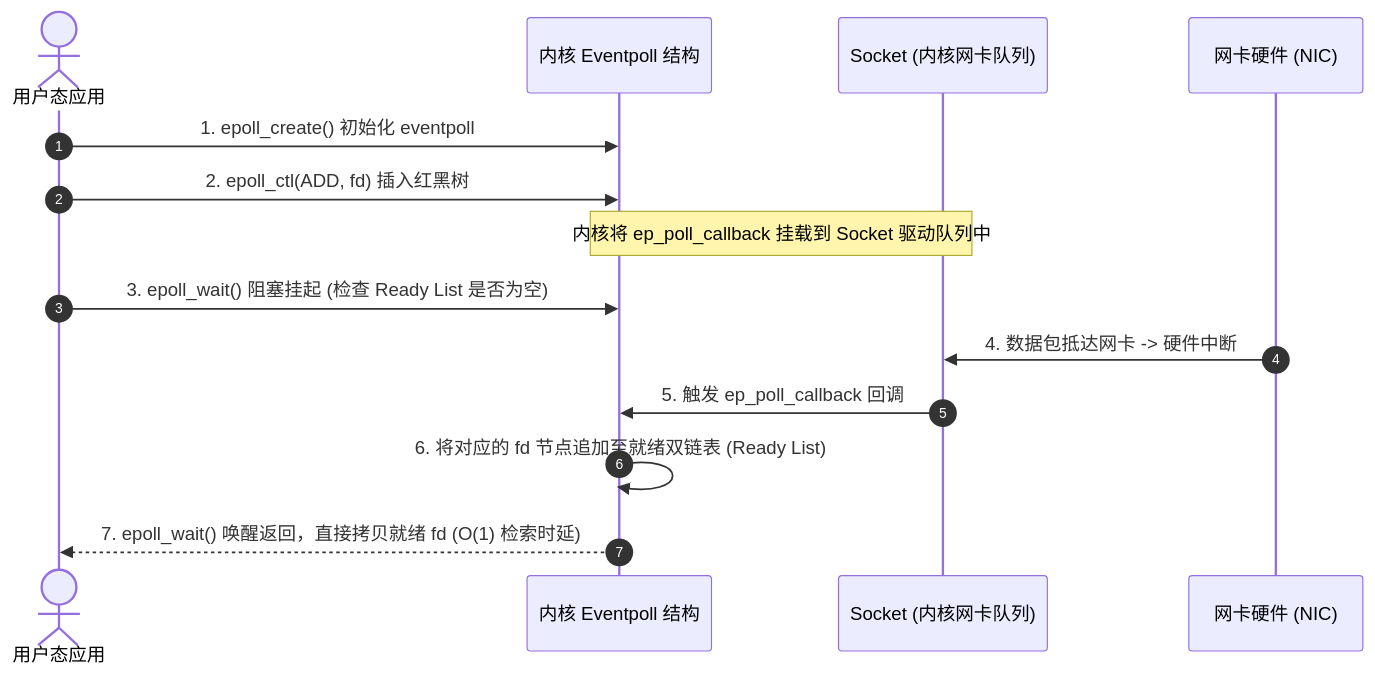
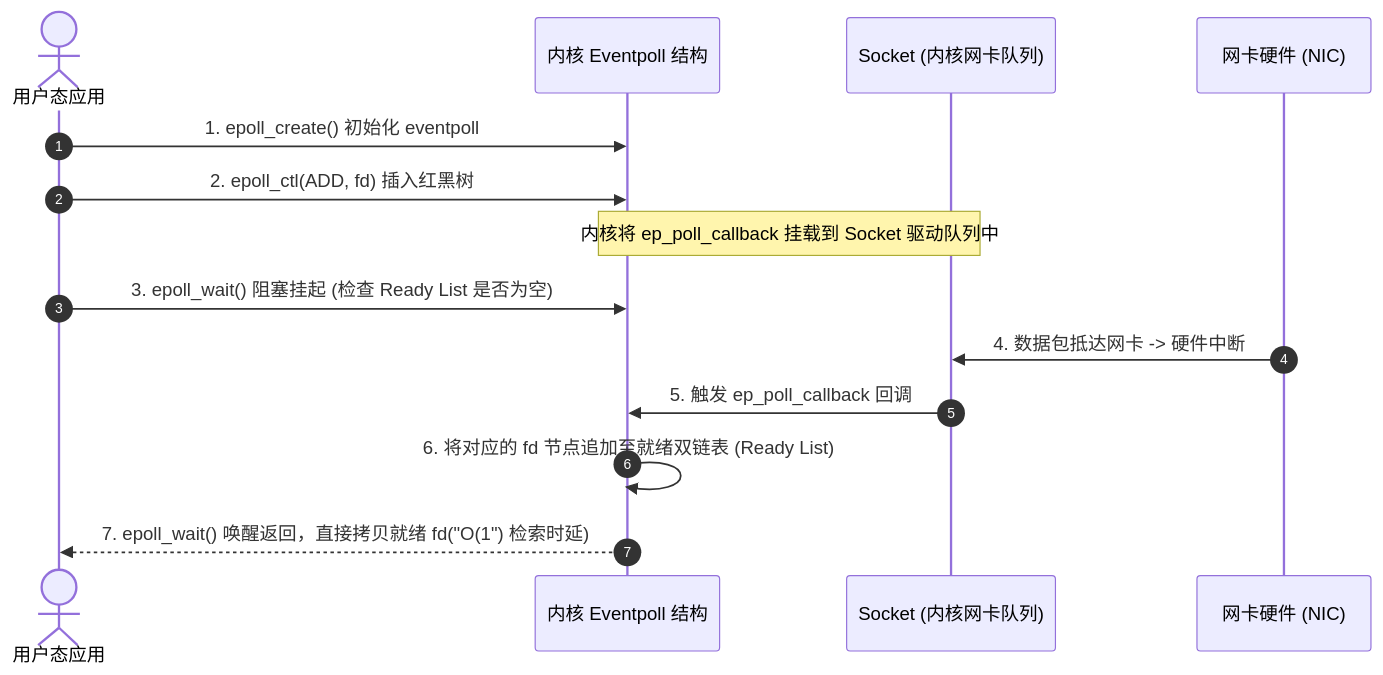
One commit to koosai/AI-Architect-Learning changed the fifth of 5 diagrams in docs/atlas/linux-kernel.mdx. Above: the diagram before and after it, drawn with Mermaid. The commit also changed other lines of this file and 187 other files, not shown here.

Commit message:
fix(mermaid): fix all unquoted parens and edge label syntax errors across all docs

````diff
--- a/docs/atlas/linux-kernel.mdx
+++ b/docs/atlas/linux-kernel.mdx
@@ -223,20 +223,20 @@
 ```mermaid
 sequenceDiagram
     autonumber
     actor App as 用户态应用
     participant Epoll as 内核 Eventpoll 结构
     participant Sock as Socket (内核网卡队列)
     participant Nic as 网卡硬件 (NIC)
 
     App->>Epoll: 1. epoll_create() 初始化 eventpoll
     App->>Epoll: 2. epoll_ctl(ADD, fd) 插入红黑树
     Note over Epoll, Sock: 内核将 ep_poll_callback 挂载到 Socket 驱动队列中
     
     App->>Epoll: 3. epoll_wait() 阻塞挂起 (检查 Ready List 是否为空)
     
     Nic->>Sock: 4. 数据包抵达网卡 -> 硬件中断
     Sock->>Epoll: 5. 触发 ep_poll_callback 回调
     Epoll->>Epoll: 6. 将对应的 fd 节点追加至就绪双链表 (Ready List)
     
-    Epoll-->>App: 7. epoll_wait() 唤醒返回，直接拷贝就绪 fd (O(1) 检索时延)
+    Epoll-->>App: 7. epoll_wait() 唤醒返回，直接拷贝就绪 fd("O(1") 检索时延)
 ```
````
